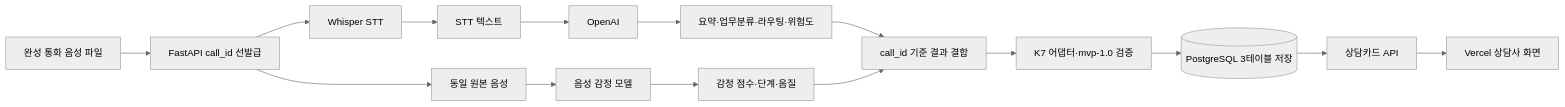
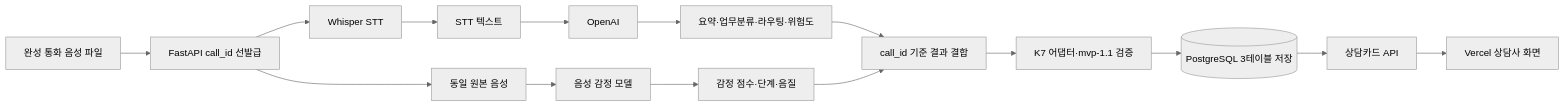
The diagram in docs/AUDIO_TEXT_DUAL_PIPELINE.md (bluealmond33-debug/kda4-k7-product), drawn with Mermaid (neutral theme) before and after one commit. The commit also changed other lines of this file and 12 other files, not shown here.

````diff
--- a/docs/AUDIO_TEXT_DUAL_PIPELINE.md
+++ b/docs/AUDIO_TEXT_DUAL_PIPELINE.md
@@ -7,20 +7,20 @@
 ```mermaid
 flowchart LR
     A["완성 통화 음성 파일"] --> B["FastAPI call_id 선발급"]
 
     B --> C["Whisper STT"]
     C --> D["STT 텍스트"]
     D --> E["OpenAI"]
     E --> F["요약·업무분류·라우팅·위험도"]
 
     B --> G["동일 원본 음성"]
     G --> H["음성 감정 모델"]
     H --> I["감정 점수·단계·음질"]
 
     F --> J["call_id 기준 결과 결합"]
     I --> J
-    J --> K["K7 어댑터·mvp-1.0 검증"]
+    J --> K["K7 어댑터·mvp-1.1 검증"]
     K --> L[("PostgreSQL 3테이블 저장")]
     L --> M["상담카드 API"]
     M --> N["Vercel 상담사 화면"]
 ```
````
